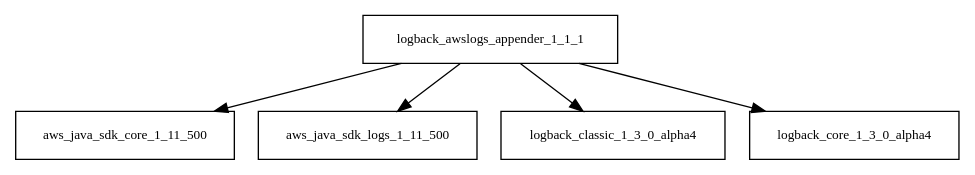
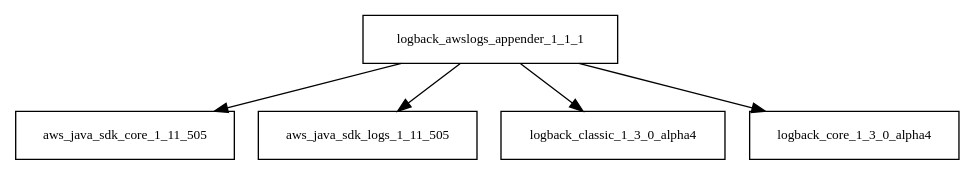
The diagram in tattleTaleReport/graphviz/logback-awslogs-appender-1.1.1.jar/logback-awslogs-appender-1.1.1.jar.dot (Hack23/cia), drawn with Graphviz before and after one commit. The commit also changed 2261 other files, not shown here.

```diff
--- a/tattleTaleReport/graphviz/logback-awslogs-appender-1.1.1.jar/logback-awslogs-appender-1.1.1.jar.dot
+++ b/tattleTaleReport/graphviz/logback-awslogs-appender-1.1.1.jar/logback-awslogs-appender-1.1.1.jar.dot
@@ -1,7 +1,7 @@
 digraph logback_awslogs_appender_1_1_1_dependencies {
   node [shape = box, fontsize=10.0];
-  logback_awslogs_appender_1_1_1 -> aws_java_sdk_core_1_11_500;
-  logback_awslogs_appender_1_1_1 -> aws_java_sdk_logs_1_11_500;
+  logback_awslogs_appender_1_1_1 -> aws_java_sdk_core_1_11_505;
+  logback_awslogs_appender_1_1_1 -> aws_java_sdk_logs_1_11_505;
   logback_awslogs_appender_1_1_1 -> logback_classic_1_3_0_alpha4;
   logback_awslogs_appender_1_1_1 -> logback_core_1_3_0_alpha4;
 }
```
